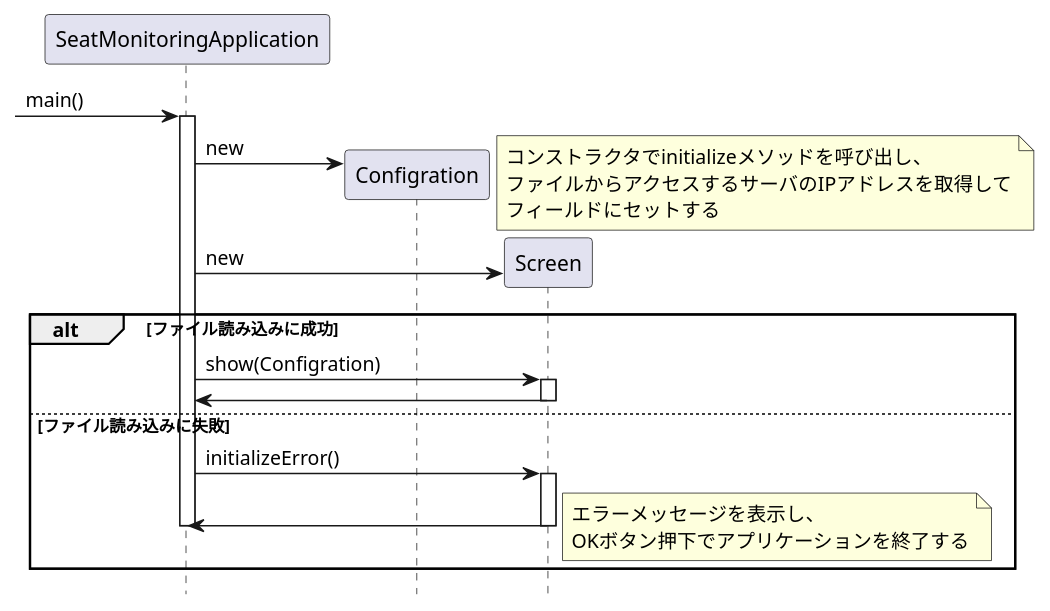
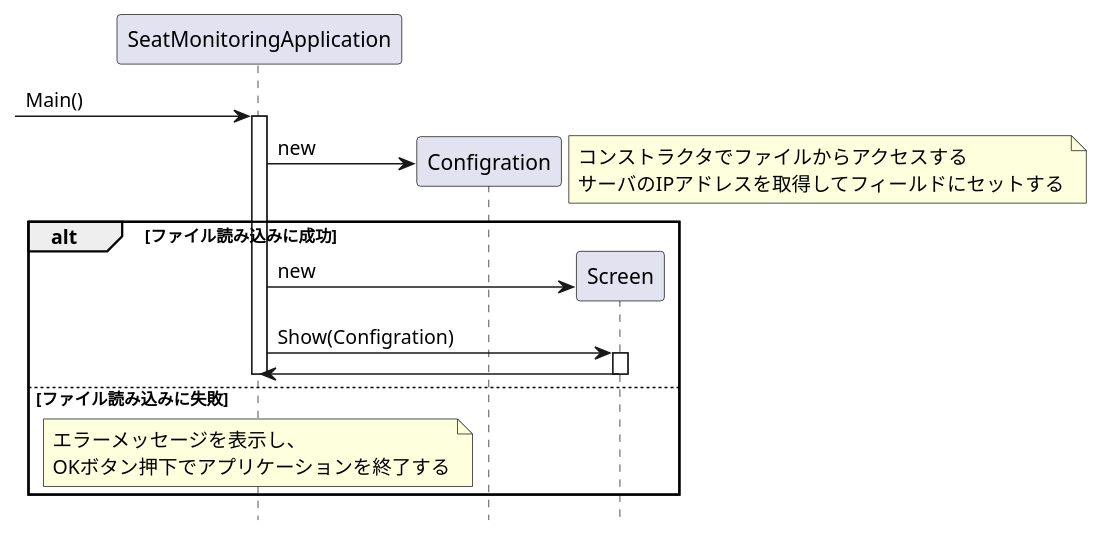
Before and after one commit to KeisukeSugita/Seat-monitoring-system: the diagram in doc/詳細設計/構成図(.pu)/座席監視アプリ起動シーケンス図.pu, drawn with PlantUML. The commit also changed 5 other files, not shown here.

```diff
--- a/doc/詳細設計/構成図(.pu)/座席監視アプリ起動シーケンス図.pu
+++ b/doc/詳細設計/構成図(.pu)/座席監視アプリ起動シーケンス図.pu
@@ -1,38 +1,32 @@
 @startuml 座席監視アプリ起動シーケンス図
 hide footbox
 
 participant "SeatMonitoringApplication" as SeatMonitoringApplication
 participant "Configration" as Configration
 participant "Screen" as Screen
 
--> SeatMonitoringApplication :main()
+-> SeatMonitoringApplication :Main()
 activate SeatMonitoringApplication
 create Configration
 SeatMonitoringApplication -> Configration : new
 note right
-	コンストラクタでinitializeメソッドを呼び出し、
-	ファイルからアクセスするサーバのIPアドレスを取得して
-	フィールドにセットする
+	コンストラクタでファイルからアクセスする
+	サーバのIPアドレスを取得してフィールドにセットする
 end note
 
-create Screen
+alt ファイル読み込みに成功
+	create Screen
 	SeatMonitoringApplication -> Screen : new
-
-alt ファイル読み込みに成功
-	SeatMonitoringApplication -> Screen : show(Configration)
+	SeatMonitoringApplication -> Screen : Show(Configration)
 	activate Screen
 	SeatMonitoringApplication <- Screen
 	deactivate Screen
 else ファイル読み込みに失敗
-	SeatMonitoringApplication -> Screen :initializeError()
-	activate Screen
-	SeatMonitoringApplication <- Screen
-	deactivate Screen
-	deactivate SeatMonitoringApplication
-	note right
+	note over SeatMonitoringApplication
 		エラーメッセージを表示し、
 		OKボタン押下でアプリケーションを終了する
 	end note
+	deactivate SeatMonitoringApplication
 end
 
 @enduml
```
